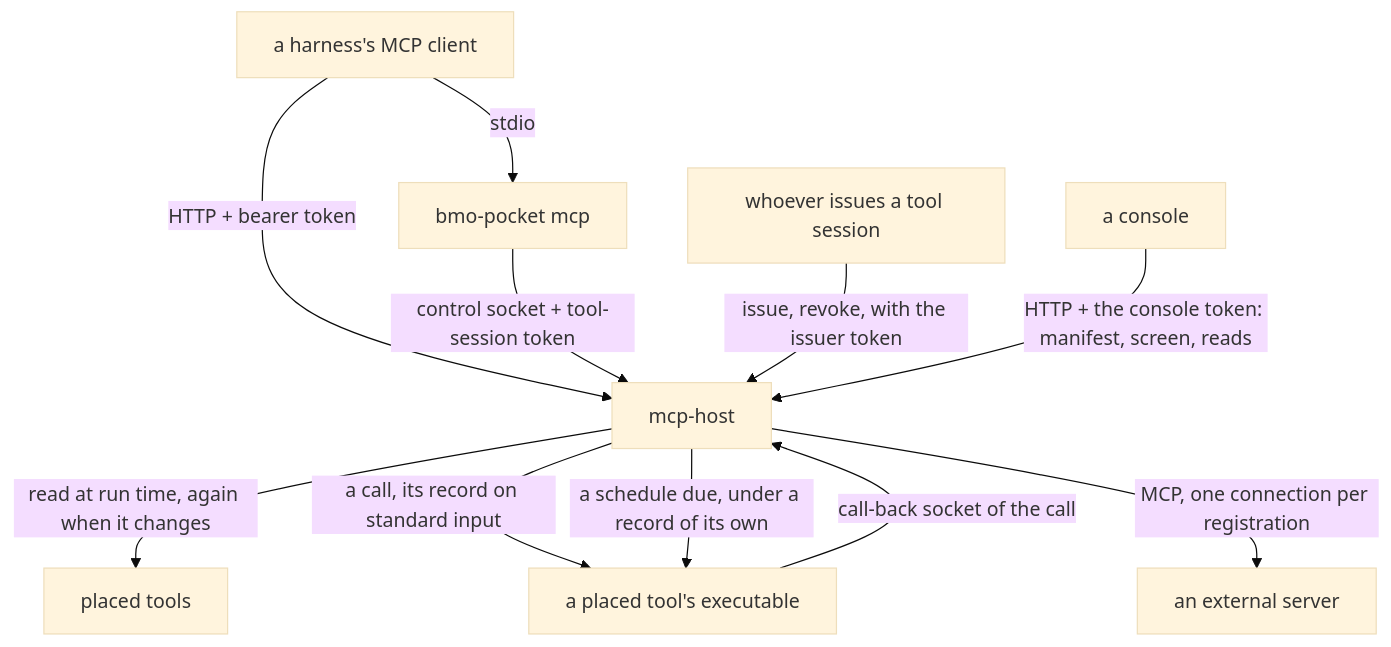
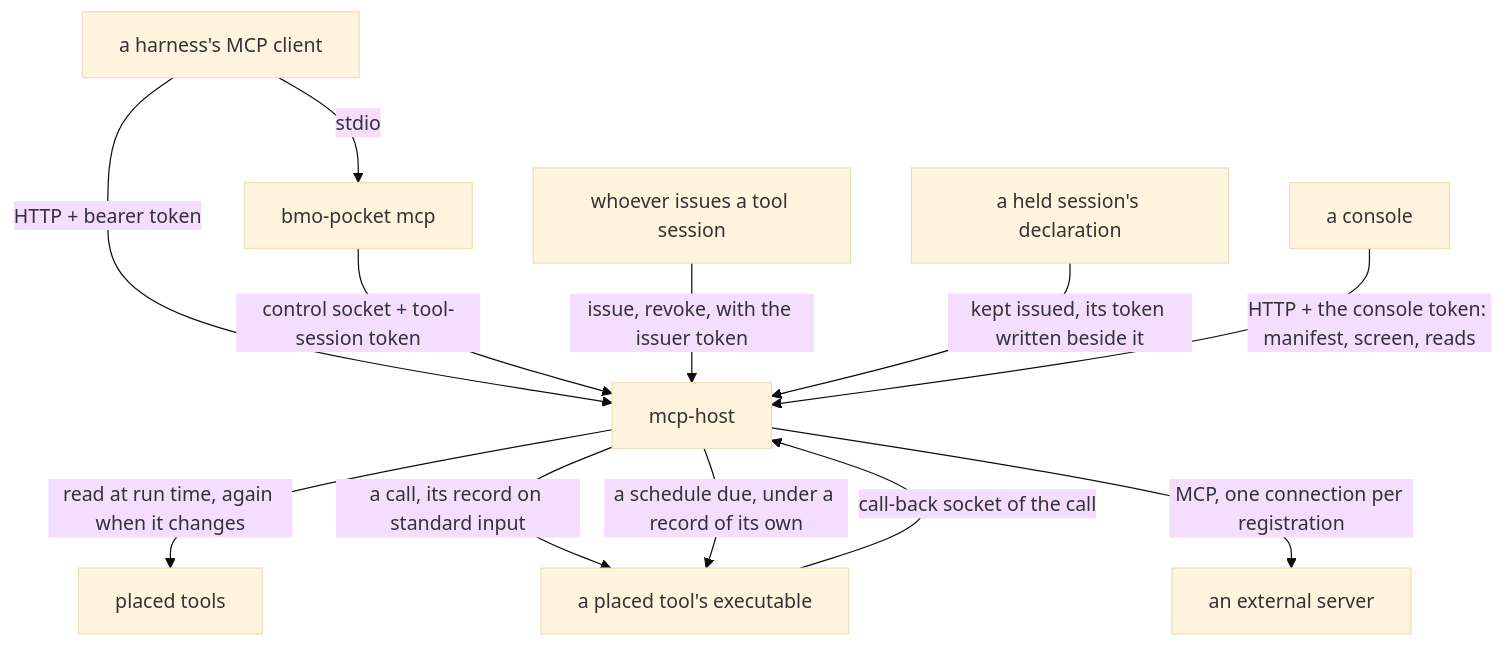
Before and after one commit to ahas/bmo-pocket: the diagram in docs/mcp-host.md, drawn with Mermaid (base theme). The commit also changed other lines of this file and 13 other files, not shown here.

First line of the commit message:
Hold a console's tool session the host keeps, narrowed to named entries (#3331)

````diff
--- a/docs/mcp-host.md
+++ b/docs/mcp-host.md
@@ -24,13 +24,14 @@
 ```mermaid
 flowchart TD
   Harness[a harness's MCP client] -->|HTTP + bearer token| Host[mcp-host]
   Harness -->|stdio| Plugin[bmo-pocket mcp]
   Plugin -->|control socket + tool-session token| Host
   Issuer[whoever issues a tool session] -->|issue, revoke, with the issuer token| Host
+  Held[a held session's declaration] -->|kept issued, its token written beside it| Host
   Host -->|read at run time, again when it changes| Placed[placed tools]
   Host -->|a call, its record on standard input| Exe[a placed tool's executable]
   Exe -->|call-back socket of the call| Host
   Host -->|a schedule due, under a record of its own| Exe
   Host -->|MCP, one connection per registration| External[an external server]
   Console[a console] -->|HTTP + the console token: manifest, screen, reads| Host
 ```
````
